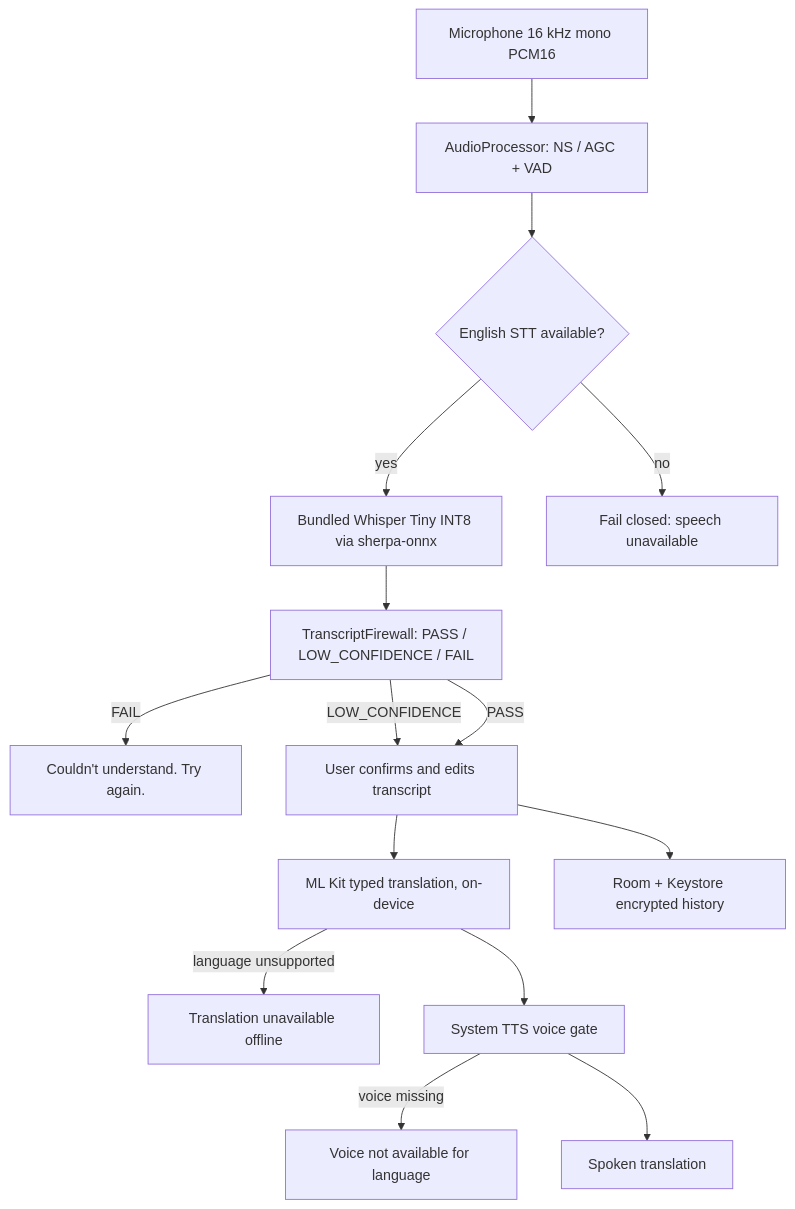
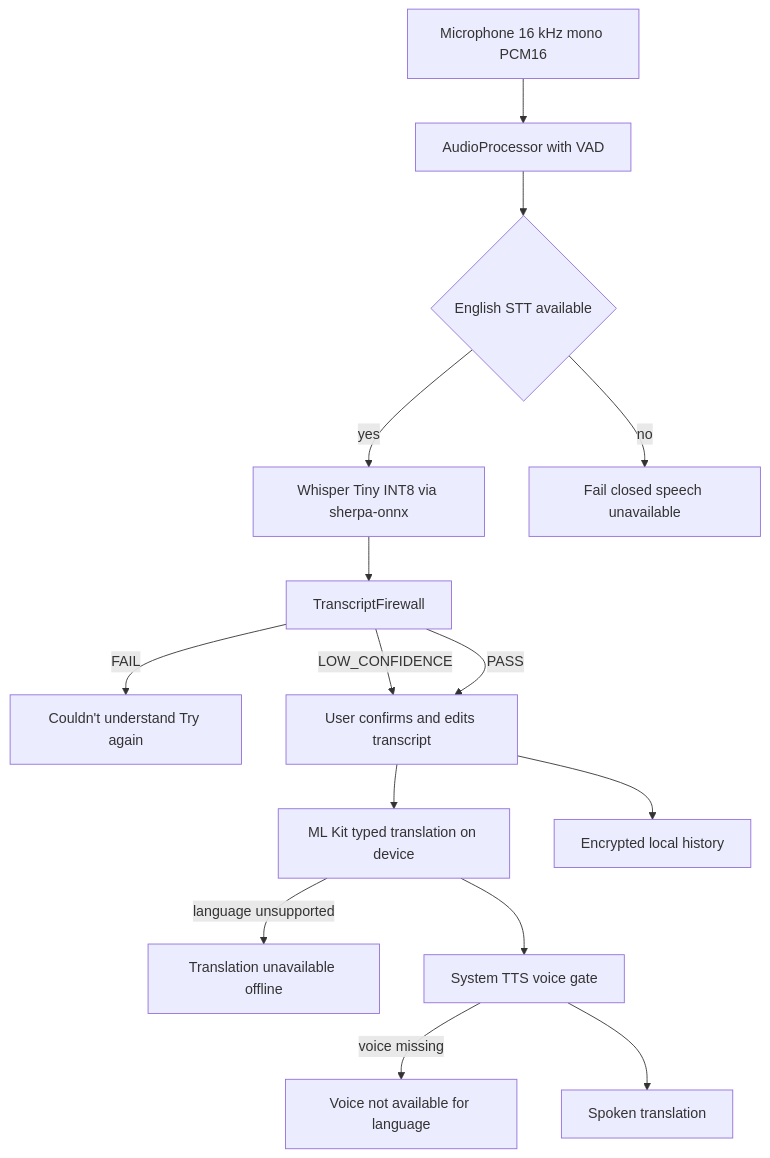
Before and after one commit to mdanseergit/Whisly: the diagram in README.md, drawn with Mermaid.

Commit message:
docs: simplify mermaid pipeline diagram for GitHub rendering

````diff
--- a/README.md
+++ b/README.md
@@ -70,17 +70,17 @@
 ```mermaid
 flowchart TD
-    A[Microphone 16 kHz mono PCM16] --> B[AudioProcessor: NS / AGC + VAD]
-    B --> C{English STT available?}
-    C -- yes --> D[Bundled Whisper Tiny INT8 via sherpa-onnx]
-    C -- no --> E[Fail closed: speech unavailable]
-    D --> F[TranscriptFirewall: PASS / LOW_CONFIDENCE / FAIL]
-    F -- FAIL --> G[Couldn't understand. Try again.]
-    F -- LOW_CONFIDENCE --> H[User confirms and edits transcript]
-    F -- PASS --> H
-    H --> I[ML Kit typed translation, on-device]
-    I -- language unsupported --> J[Translation unavailable offline]
-    I --> K[System TTS voice gate]
-    K -- voice missing --> L[Voice not available for language]
-    K --> M[Spoken translation]
-    H --> N[Room + Keystore encrypted history]
+  A[Microphone 16 kHz mono PCM16] --> B[AudioProcessor with VAD]
+  B --> C{English STT available}
+  C -->|yes| D[Whisper Tiny INT8 via sherpa-onnx]
+  C -->|no| E[Fail closed speech unavailable]
+  D --> F[TranscriptFirewall]
+  F -->|FAIL| G[Couldn't understand Try again]
+  F -->|LOW_CONFIDENCE| H[User confirms and edits transcript]
+  F -->|PASS| H
+  H --> I[ML Kit typed translation on device]
+  I -->|language unsupported| J[Translation unavailable offline]
+  I --> K[System TTS voice gate]
+  K -->|voice missing| L[Voice not available for language]
+  K --> M[Spoken translation]
+  H --> N[Encrypted local history]
 ```
````
